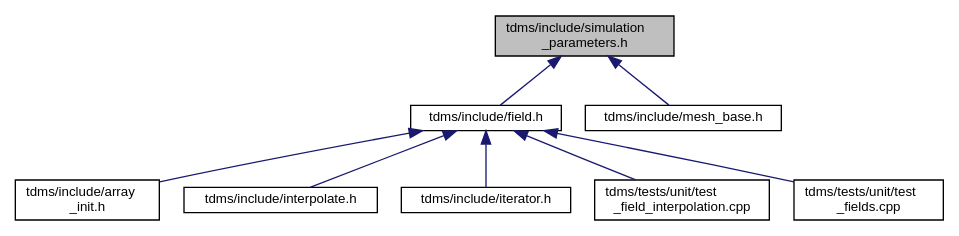
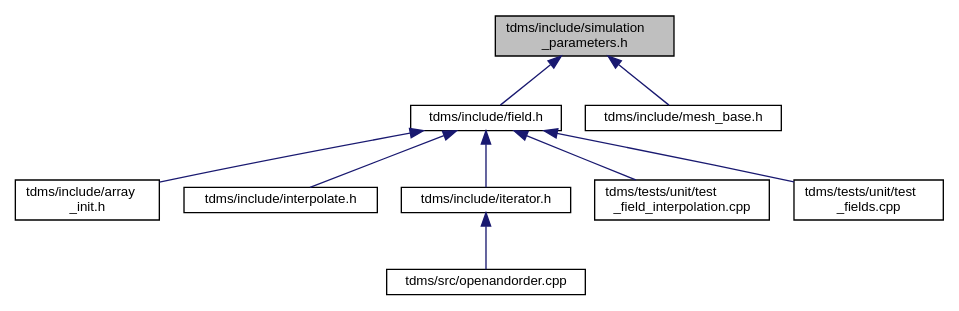
The diagram in simulation__parameters_8h__dep__incl.dot (UCL/TDMS), drawn with Graphviz before and after one commit. The commit also changed 104 other files, not shown here.

```diff
--- a/simulation__parameters_8h__dep__incl.dot
+++ b/simulation__parameters_8h__dep__incl.dot
@@ -1,21 +1,23 @@
 digraph "tdms/include/simulation_parameters.h"
 {
  // LATEX_PDF_SIZE
   edge [fontname="Helvetica",fontsize="10",labelfontname="Helvetica",labelfontsize="10"];
   node [fontname="Helvetica",fontsize="10",shape=record];
   Node1 [label="tdms/include/simulation\l_parameters.h",height=0.2,width=0.4,color="black", fillcolor="grey75", style="filled", fontcolor="black",tooltip="Classes collecting parameters for the simulation."];
   Node1 -> Node2 [dir="back",color="midnightblue",fontsize="10",style="solid",fontname="Helvetica"];
   Node2 [label="tdms/include/field.h",height=0.2,width=0.4,color="black", fillcolor="white", style="filled",URL="$field_8h.html",tooltip="Classes for the electric and magnetic (split) fields on a grid."];
   Node2 -> Node3 [dir="back",color="midnightblue",fontsize="10",style="solid",fontname="Helvetica"];
   Node3 [label="tdms/include/array\l_init.h",height=0.2,width=0.4,color="black", fillcolor="white", style="filled",URL="$array__init_8h.html",tooltip="A collection of functions for array initialisation given MATLAB pointers."];
   Node2 -> Node4 [dir="back",color="midnightblue",fontsize="10",style="solid",fontname="Helvetica"];
   Node4 [label="tdms/include/interpolate.h",height=0.2,width=0.4,color="black", fillcolor="white", style="filled",URL="$interpolate_8h.html",tooltip="Interpolation of field values within FDTD grid."];
   Node2 -> Node5 [dir="back",color="midnightblue",fontsize="10",style="solid",fontname="Helvetica"];
   Node5 [label="tdms/include/iterator.h",height=0.2,width=0.4,color="black", fillcolor="white", style="filled",URL="$iterator_8h.html",tooltip="The main time propogation algorithm."];
-  Node2 -> Node6 [dir="back",color="midnightblue",fontsize="10",style="solid",fontname="Helvetica"];
-  Node6 [label="tdms/tests/unit/test\l_field_interpolation.cpp",height=0.2,width=0.4,color="black", fillcolor="white", style="filled",URL="$test__field__interpolation_8cpp.html",tooltip="Tests interpolation of E- and H-fields and compares the errors against MATLAB benchmarks."];
+  Node5 -> Node6 [dir="back",color="midnightblue",fontsize="10",style="solid",fontname="Helvetica"];
+  Node6 [label="tdms/src/openandorder.cpp",height=0.2,width=0.4,color="black", fillcolor="white", style="filled",URL="$openandorder_8cpp.html",tooltip="Launch and file IO."];
   Node2 -> Node7 [dir="back",color="midnightblue",fontsize="10",style="solid",fontname="Helvetica"];
-  Node7 [label="tdms/tests/unit/test\l_fields.cpp",height=0.2,width=0.4,color="black", fillcolor="white", style="filled",URL="$test__fields_8cpp.html",tooltip="Test of the Field class and subclasses."];
-  Node1 -> Node8 [dir="back",color="midnightblue",fontsize="10",style="solid",fontname="Helvetica"];
-  Node8 [label="tdms/include/mesh_base.h",height=0.2,width=0.4,color="black", fillcolor="white", style="filled",URL="$mesh__base_8h.html",tooltip="Generation of orientated mesh."];
+  Node7 [label="tdms/tests/unit/test\l_field_interpolation.cpp",height=0.2,width=0.4,color="black", fillcolor="white", style="filled",URL="$test__field__interpolation_8cpp.html",tooltip="Tests interpolation of E- and H-fields and compares the errors against MATLAB benchmarks."];
+  Node2 -> Node8 [dir="back",color="midnightblue",fontsize="10",style="solid",fontname="Helvetica"];
+  Node8 [label="tdms/tests/unit/test\l_fields.cpp",height=0.2,width=0.4,color="black", fillcolor="white", style="filled",URL="$test__fields_8cpp.html",tooltip="Test of the Field class and subclasses."];
+  Node1 -> Node9 [dir="back",color="midnightblue",fontsize="10",style="solid",fontname="Helvetica"];
+  Node9 [label="tdms/include/mesh_base.h",height=0.2,width=0.4,color="black", fillcolor="white", style="filled",URL="$mesh__base_8h.html",tooltip="Generation of orientated mesh."];
 }
```
